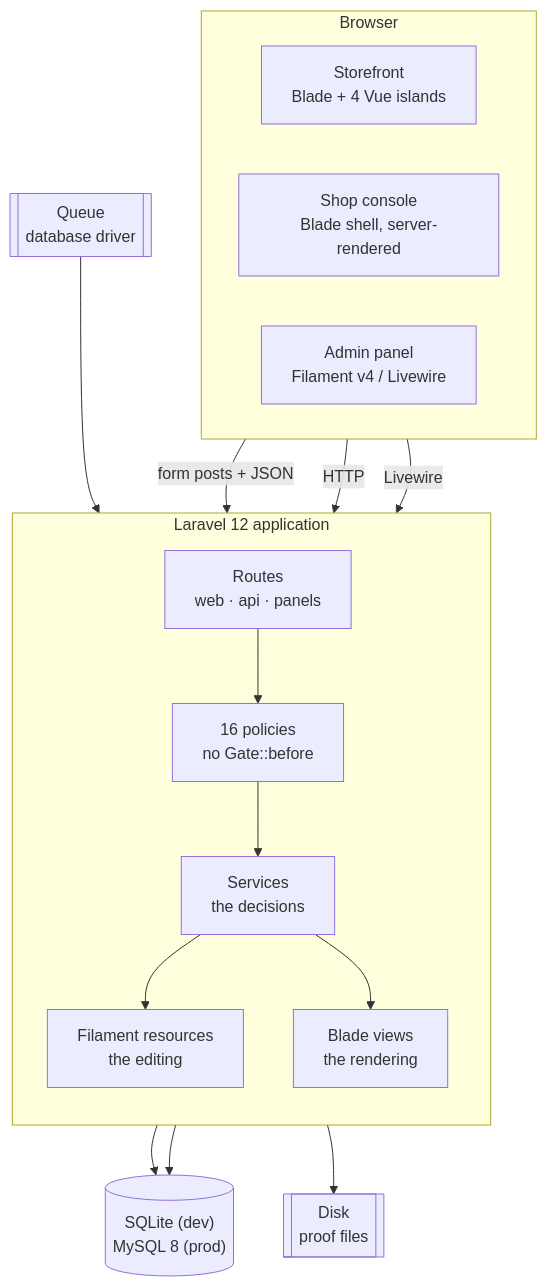
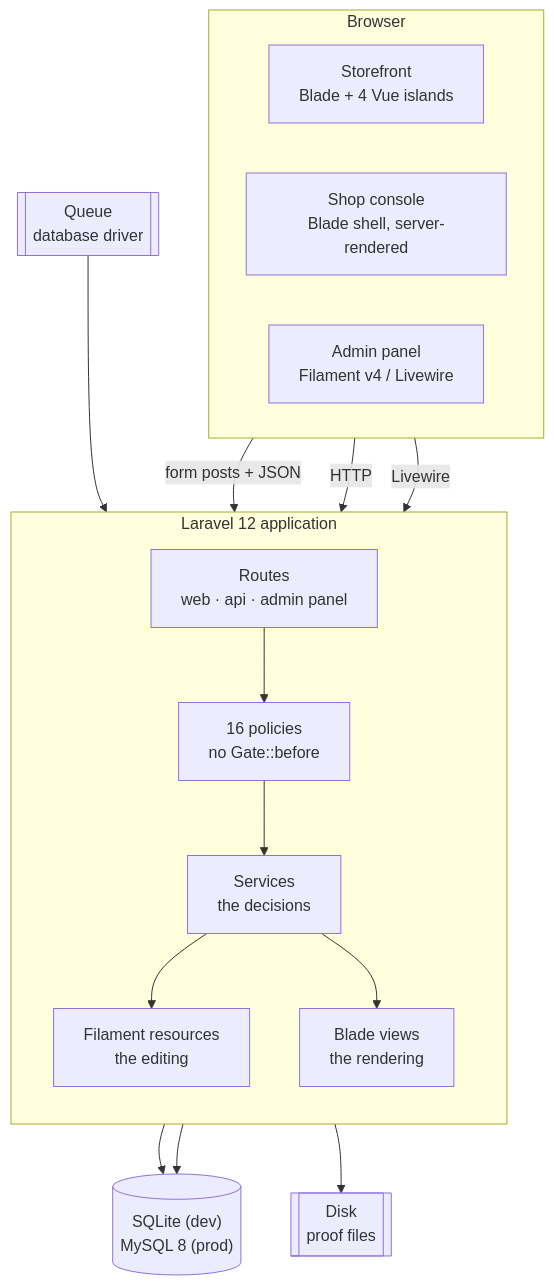
Before and after one commit to pasinosvictorianodyanna-hub/TarpaLink: the second of 7 diagrams in docs/ARCHITECTURE.md, drawn with Mermaid. The commit also changed other lines of this file and 81 other files, not shown here.

````diff
--- a/docs/ARCHITECTURE.md
+++ b/docs/ARCHITECTURE.md
@@ -49,33 +49,33 @@
 ```mermaid
 flowchart TB
     subgraph Browser["Browser"]
         direction LR
         SB["Storefront<br/>Blade + 4 Vue islands"]
         SC["Shop console<br/>Blade shell, server-rendered"]
         AP["Admin panel<br/>Filament v4 / Livewire"]
     end
 
     subgraph App["Laravel 12 application"]
         direction TB
-        R["Routes<br/>web · api · panels"]
+        R["Routes<br/>web · api · admin panel"]
         POL["16 policies<br/>no Gate::before"]
         SVC["Services<br/>the decisions"]
         FIL["Filament resources<br/>the editing"]
         BL["Blade views<br/>the rendering"]
     end
 
     DB[("SQLite (dev)<br/>MySQL 8 (prod)")]
     Q[["Queue<br/>database driver"]]
     FS[["Disk<br/>proof files"]]
 
     SB -->|"form posts + JSON"| R
     SC -->|"HTTP"| R
     AP -->|"Livewire"| R
     R --> POL --> SVC
     SVC --> FIL
     SVC --> BL
     SVC --> DB
     R --> DB
     Q --> SVC
     SVC --> FS
 ```
````
